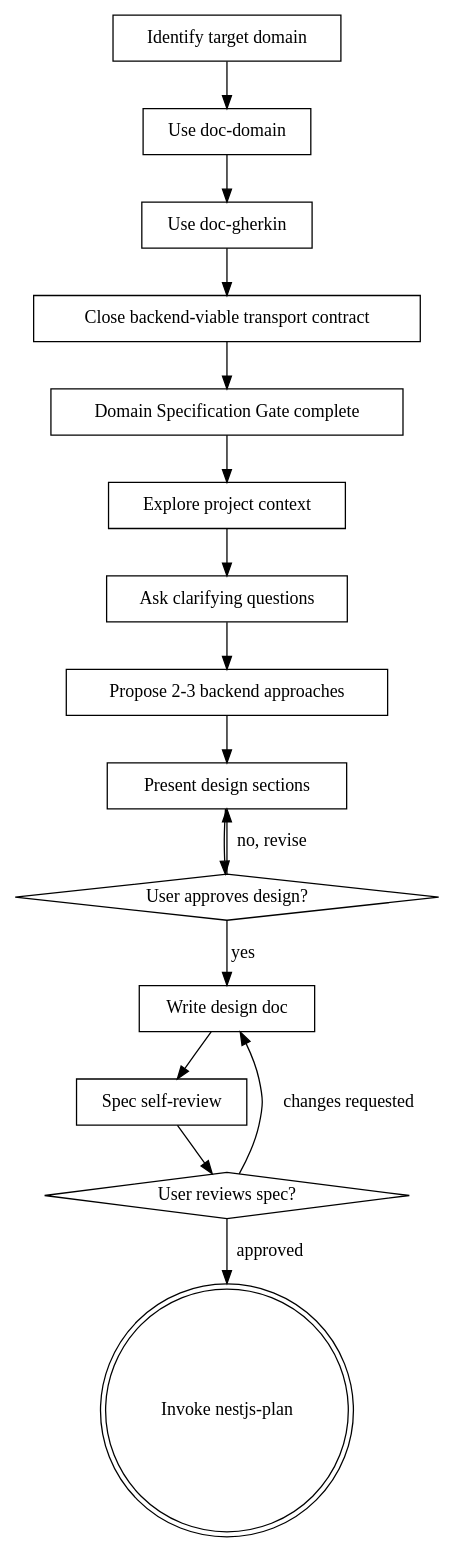
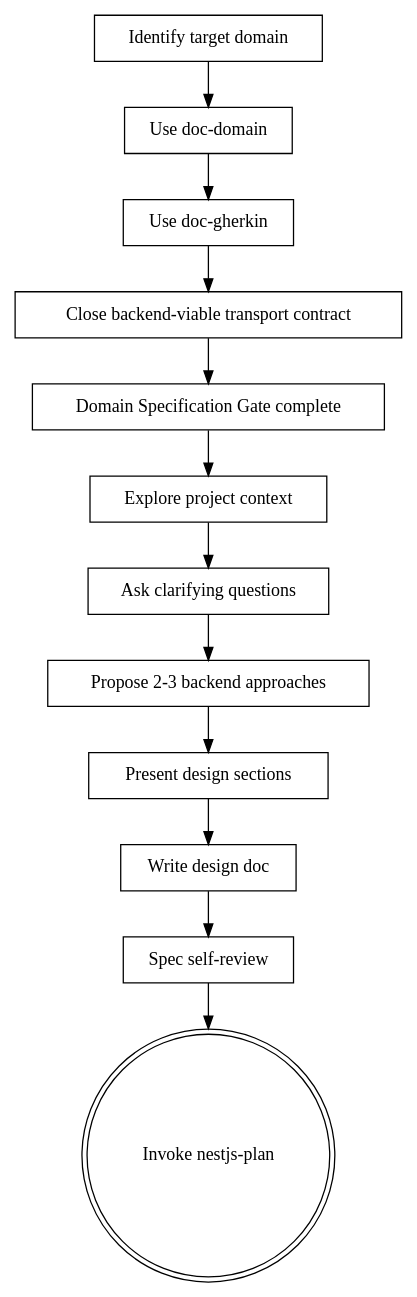
The diagram in plugins/nimbou-skills/skills/nestjs-think/SKILL.md (Nimbou/nimbou-skills), drawn with Graphviz before and after one commit. The commit also changed other lines of this file and 8 other files, not shown here.

````diff
--- a/plugins/nimbou-skills/skills/nestjs-think/SKILL.md
+++ b/plugins/nimbou-skills/skills/nestjs-think/SKILL.md
@@ -67,35 +67,29 @@
 ```dot
 digraph nestjs_think {
     "Identify target domain" [shape=box];
     "Use doc-domain" [shape=box];
     "Use doc-gherkin" [shape=box];
     "Close backend-viable transport contract" [shape=box];
     "Domain Specification Gate complete" [shape=box];
     "Explore project context" [shape=box];
     "Ask clarifying questions" [shape=box];
     "Propose 2-3 backend approaches" [shape=box];
     "Present design sections" [shape=box];
-    "User approves design?" [shape=diamond];
     "Write design doc" [shape=box];
     "Spec self-review" [shape=box];
-    "User reviews spec?" [shape=diamond];
     "Invoke nestjs-plan" [shape=doublecircle];
 
     "Explore project context" -> "Ask clarifying questions";
     "Ask clarifying questions" -> "Propose 2-3 backend approaches";
     "Propose 2-3 backend approaches" -> "Present design sections";
-    "Present design sections" -> "User approves design?";
-    "User approves design?" -> "Present design sections" [label="no, revise"];
-    "User approves design?" -> "Write design doc" [label="yes"];
+    "Present design sections" -> "Write design doc";
     "Write design doc" -> "Spec self-review";
-    "Spec self-review" -> "User reviews spec?";
-    "User reviews spec?" -> "Write design doc" [label="changes requested"];
-    "User reviews spec?" -> "Invoke nestjs-plan" [label="approved"];
+    "Spec self-review" -> "Invoke nestjs-plan";
 
     "Identify target domain" -> "Use doc-domain";
     "Use doc-domain" -> "Use doc-gherkin";
     "Use doc-gherkin" -> "Close backend-viable transport contract";
     "Close backend-viable transport contract" -> "Domain Specification Gate complete";
     "Domain Specification Gate complete" -> "Explore project context";
 }
 ```
````
